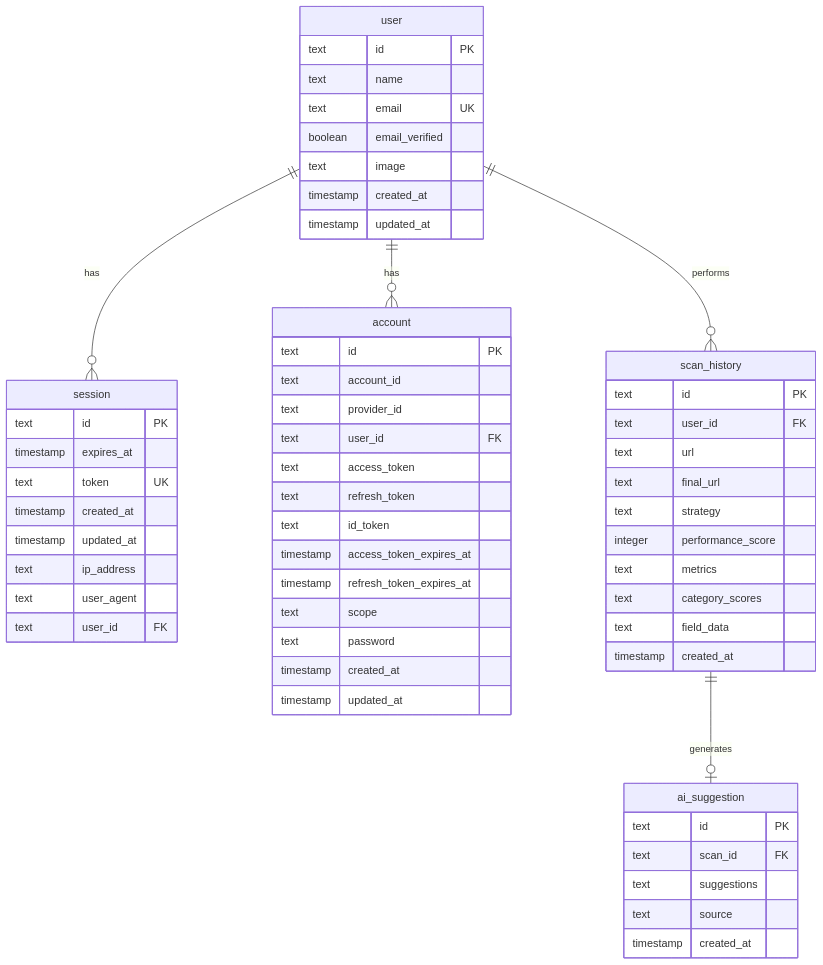
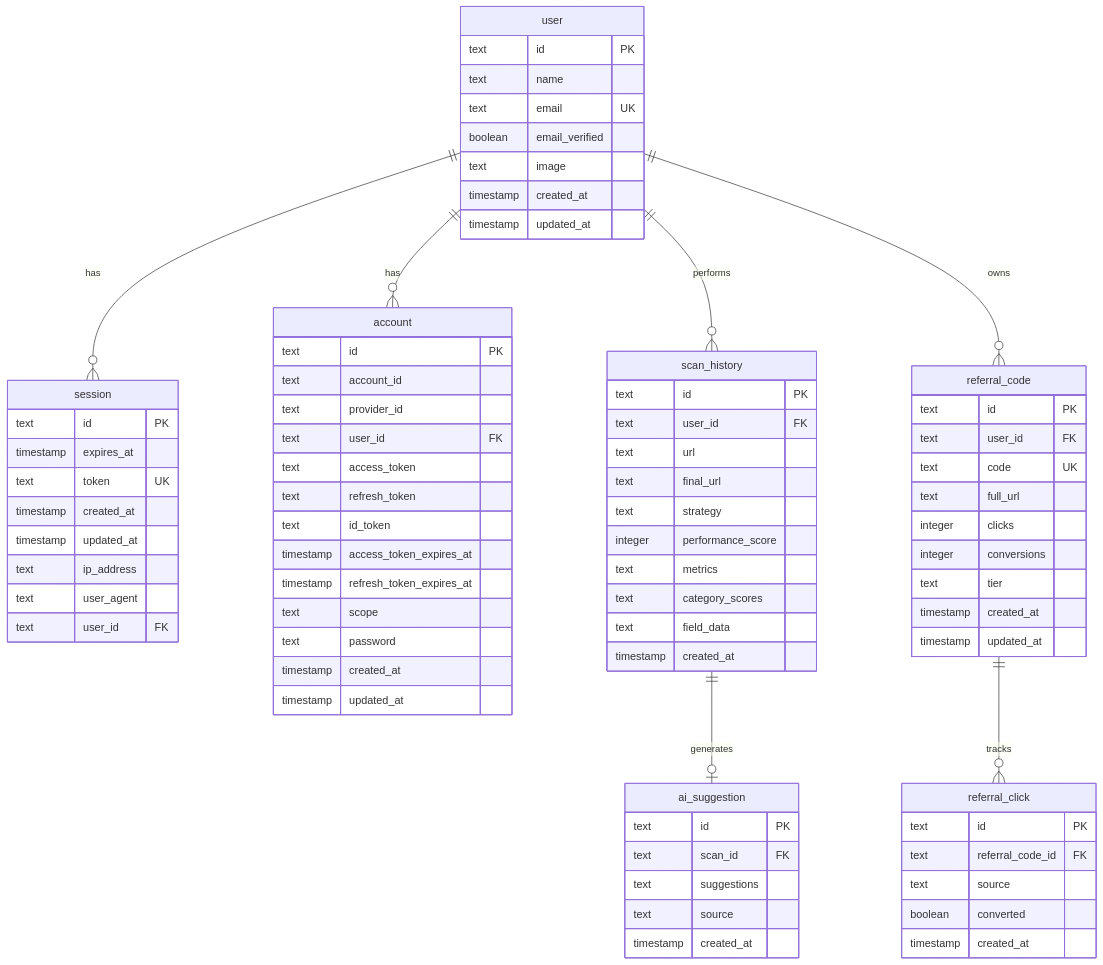
One commit to amirfaisalz/vantage changed the diagram in docs/DATABASE.md. Above: the diagram before and after it, drawn with Mermaid. The commit also changed other lines of this file and 41 other files, not shown here.

Commit message:
feat: Implement A/B testing, referral program, and marketing integrations dashboards with new API endpoints and database schema.

```diff
--- a/docs/DATABASE.md
+++ b/docs/DATABASE.md
@@ -21,6 +21,8 @@
     user ||--o{ session : has
     user ||--o{ account : has
     user ||--o{ scan_history : performs
+    user ||--o{ referral_code : owns
+    referral_code ||--o{ referral_click : tracks
     scan_history ||--o| ai_suggestion : generates
 
     user {
@@ -31,6 +33,26 @@
         text image
         timestamp created_at
         timestamp updated_at
+    }
+
+    referral_code {
+        text id PK
+        text user_id FK
+        text code UK
+        text full_url
+        integer clicks
+        integer conversions
+        text tier
+        timestamp created_at
+        timestamp updated_at
+    }
+
+    referral_click {
+        text id PK
+        text referral_code_id FK
+        text source
+        boolean converted
+        timestamp created_at
     }
 
     session {
```
